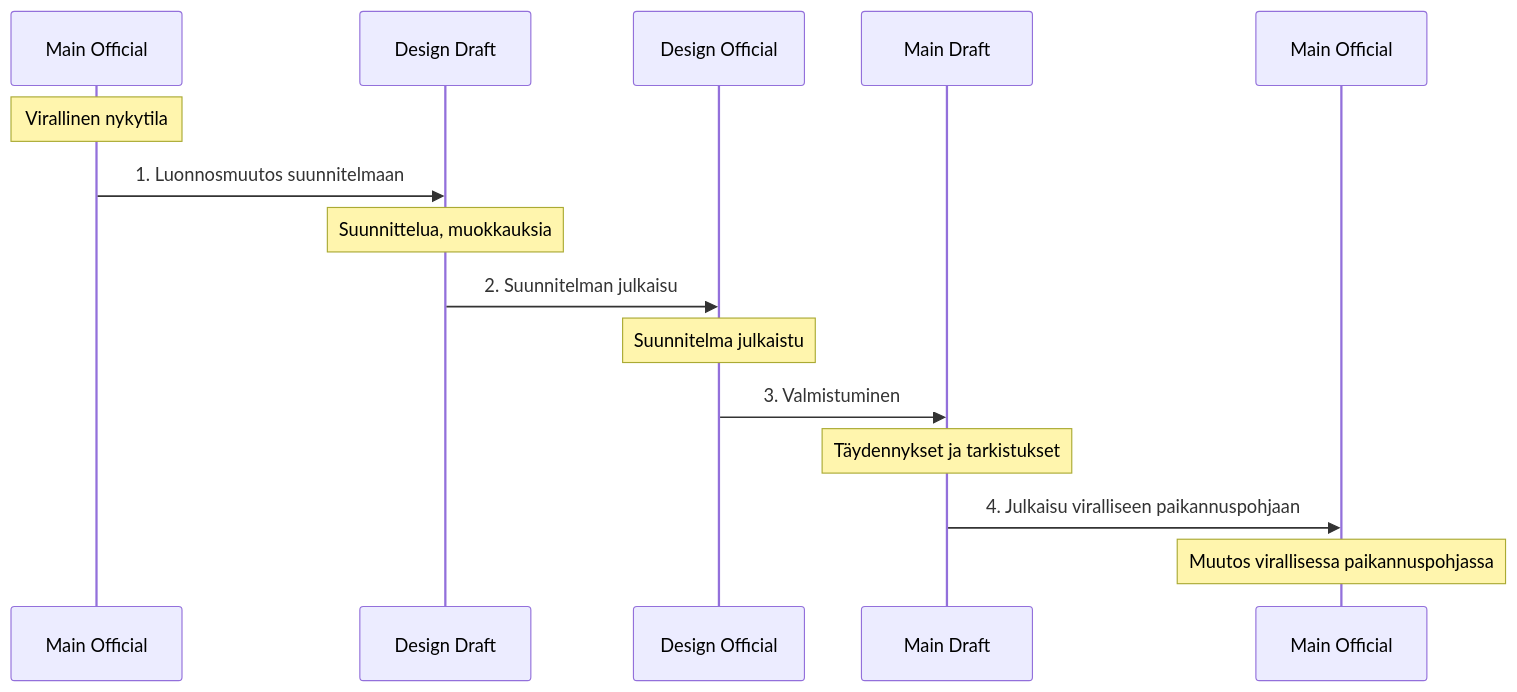
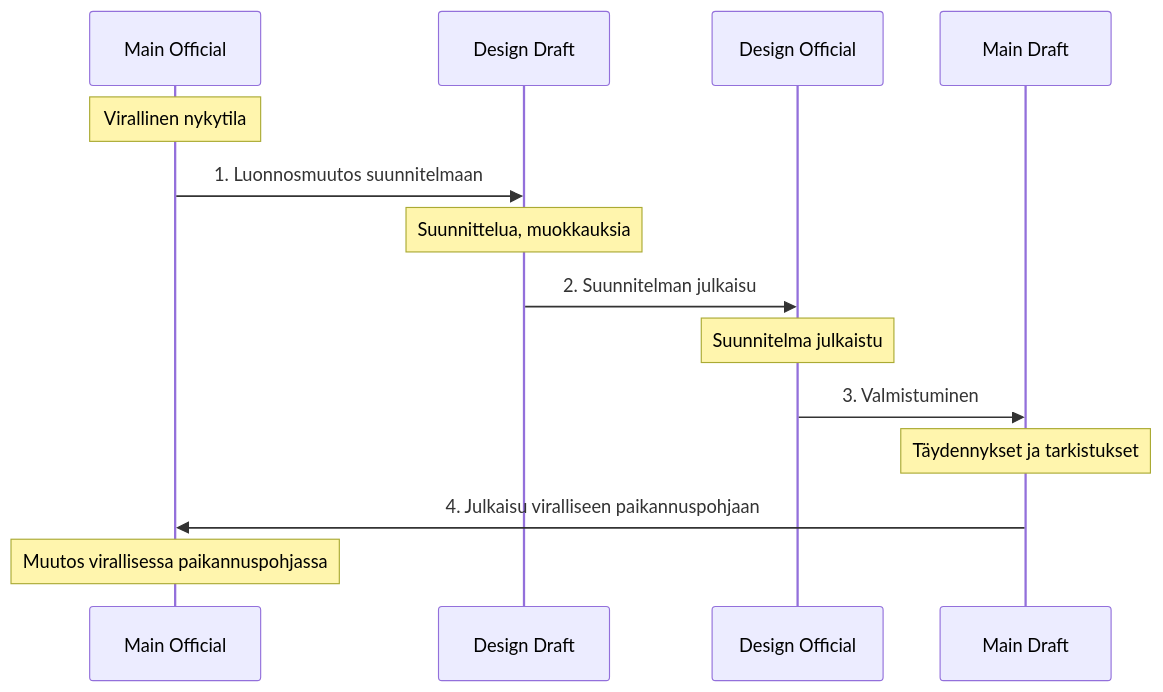
Before and after one commit to finnishtransportagency/geoviite: the second of 3 diagrams in doc/suunnitelmatila.md, drawn with Mermaid. The commit also changed other lines of this file, not shown here.

Commit message:
GVT-3158: Removing unnecessary stuff, streamlining diagrams

````diff
--- a/doc/suunnitelmatila.md
+++ b/doc/suunnitelmatila.md
@@ -60,18 +57,17 @@
 ```mermaid
 sequenceDiagram
     participant MO as Main Official
     participant DD as Design Draft
     participant DO as Design Official
     participant MD as Main Draft
-    participant MO2 as Main Official
     
     Note over MO: Virallinen nykytila
     MO->>DD: 1. Luonnosmuutos suunnitelmaan
     Note over DD: Suunnittelua, muokkauksia
     DD->>DO: 2. Suunnitelman julkaisu
     Note over DO: Suunnitelma julkaistu
     DO->>MD: 3. Valmistuminen
     Note over MD: Täydennykset ja tarkistukset
-    MD->>MO2: 4. Julkaisu viralliseen paikannuspohjaan
-    Note over MO2: Muutos virallisessa paikannuspohjassa
+    MD->>MO: 4. Julkaisu viralliseen paikannuspohjaan
+    Note over MO: Muutos virallisessa paikannuspohjassa
 ```
````
